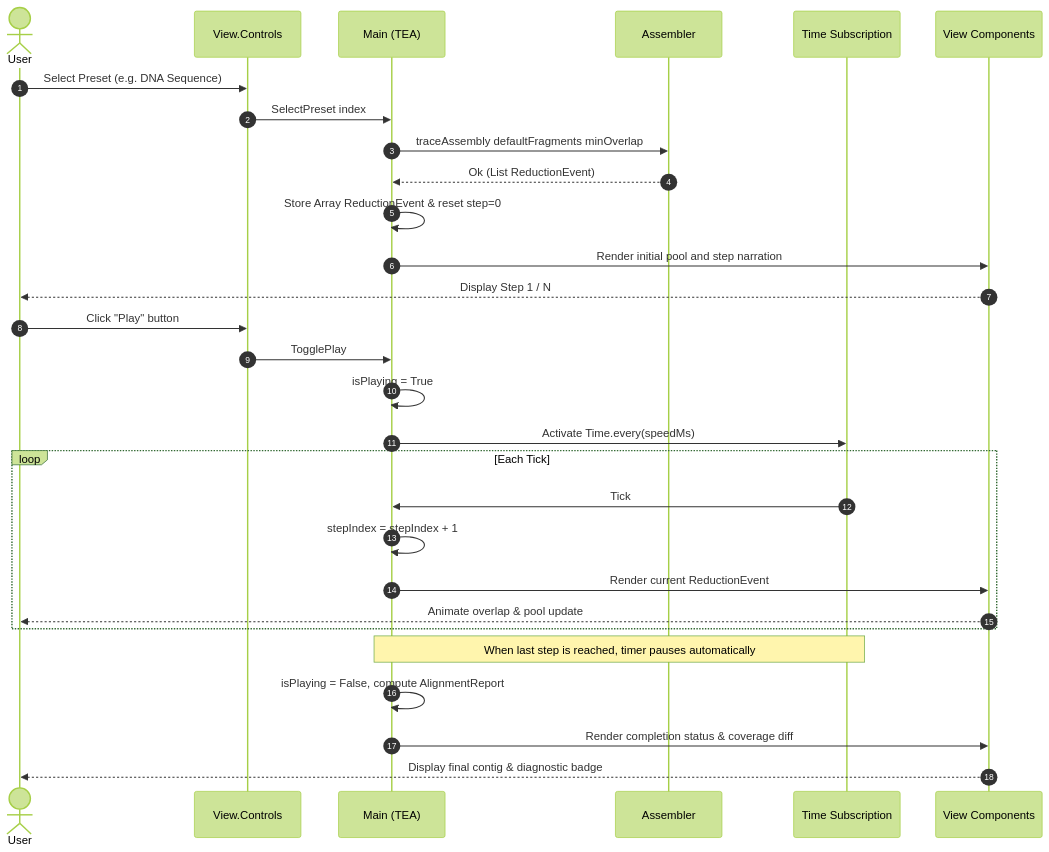
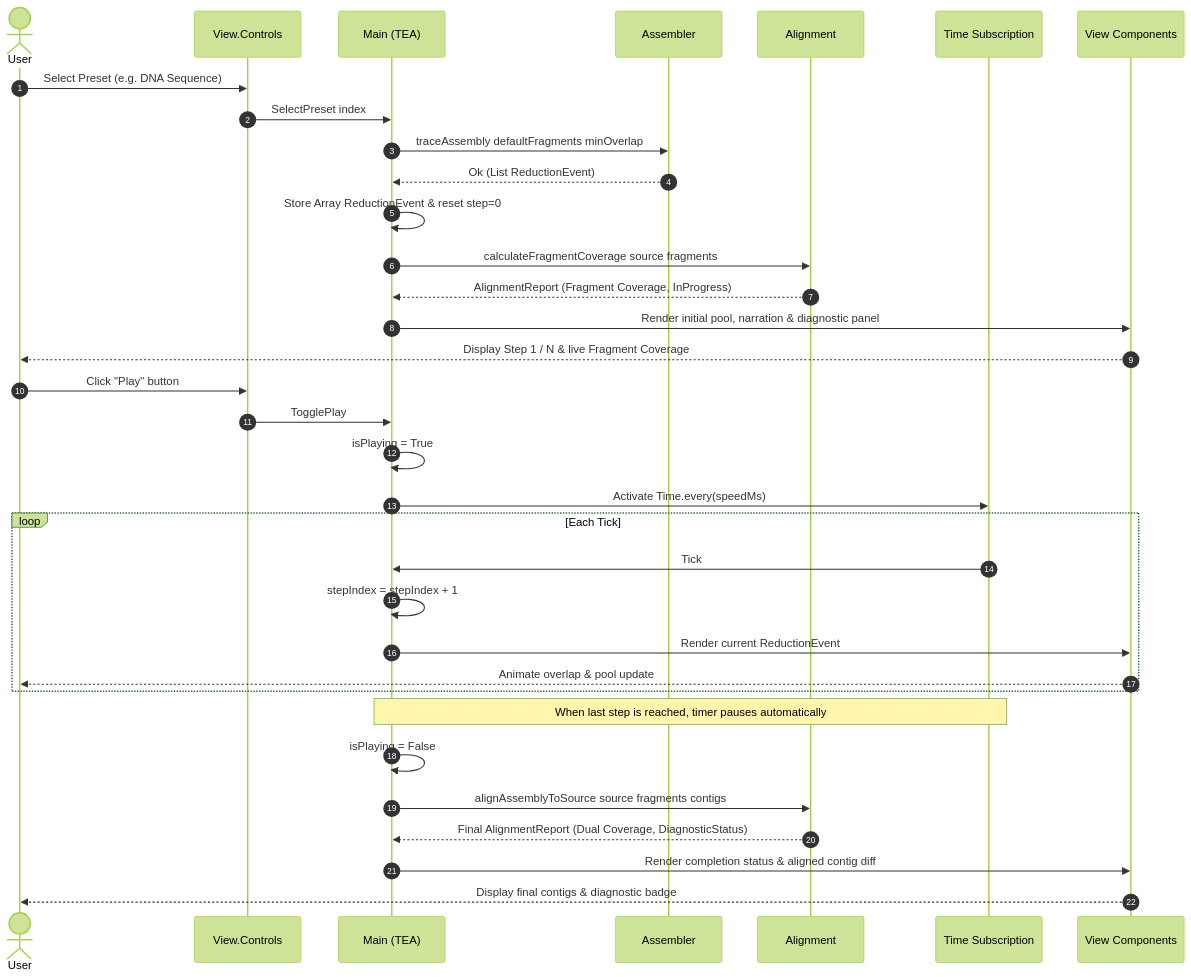
The second of 2 diagrams in README.md (frankhjung/elm-reconstruct-strings), drawn with Mermaid (forest theme) before and after one commit. The commit also changed other lines of this file and 9 other files, not shown here.

First line of the commit message:
refactor: update alignment logic and enhance coverage calculation

````diff
--- a/README.md
+++ b/README.md
@@ -181,35 +187,40 @@
 ```mermaid
 sequenceDiagram
     autonumber
     actor User as User
     participant Controls as View.Controls
     participant Main as Main (TEA)
     participant Assembler as Assembler
+    participant Alignment as Alignment
     participant Timer as Time Subscription
     participant Views as View Components
 
     User->>Controls: Select Preset (e.g. DNA Sequence)
     Controls->>Main: SelectPreset index
     Main->>Assembler: traceAssembly defaultFragments minOverlap
     Assembler-->>Main: Ok (List ReductionEvent)
     Main->>Main: Store Array ReductionEvent & reset step=0
-    Main->>Views: Render initial pool and step narration
-    Views-->>User: Display Step 1 / N
+    Main->>Alignment: calculateFragmentCoverage source fragments
+    Alignment-->>Main: AlignmentReport (Fragment Coverage, InProgress)
+    Main->>Views: Render initial pool, narration & diagnostic panel
+    Views-->>User: Display Step 1 / N & live Fragment Coverage
 
     User->>Controls: Click "Play" button
     Controls->>Main: TogglePlay
     Main->>Main: isPlaying = True
     Main->>Timer: Activate Time.every(speedMs)
 
     loop Each Tick
         Timer->>Main: Tick
         Main->>Main: stepIndex = stepIndex + 1
         Main->>Views: Render current ReductionEvent
         Views-->>User: Animate overlap & pool update
     end
 
     Note over Main,Timer: When last step is reached, timer pauses automatically
-    Main->>Main: isPlaying = False, compute AlignmentReport
-    Main->>Views: Render completion status & coverage diff
-    Views-->>User: Display final contig & diagnostic badge
+    Main->>Main: isPlaying = False
+    Main->>Alignment: alignAssemblyToSource source fragments contigs
+    Alignment-->>Main: Final AlignmentReport (Dual Coverage, DiagnosticStatus)
+    Main->>Views: Render completion status & aligned contig diff
+    Views-->>User: Display final contigs & diagnostic badge
 ```
````
